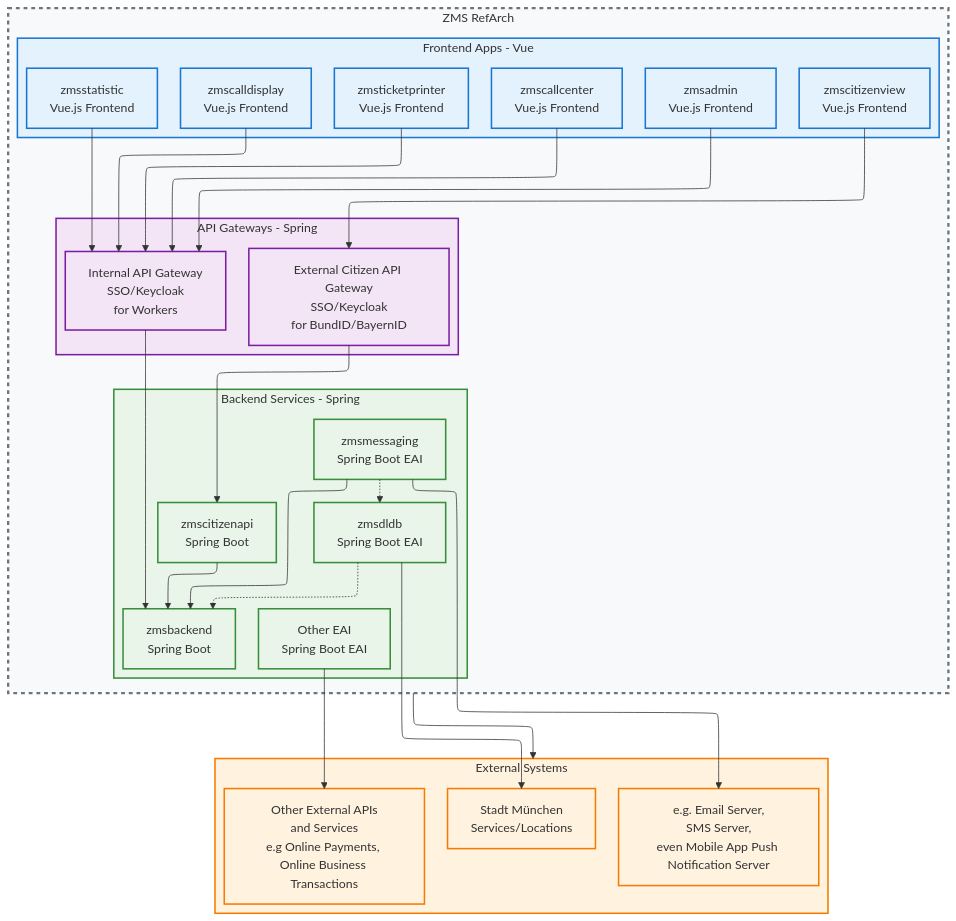
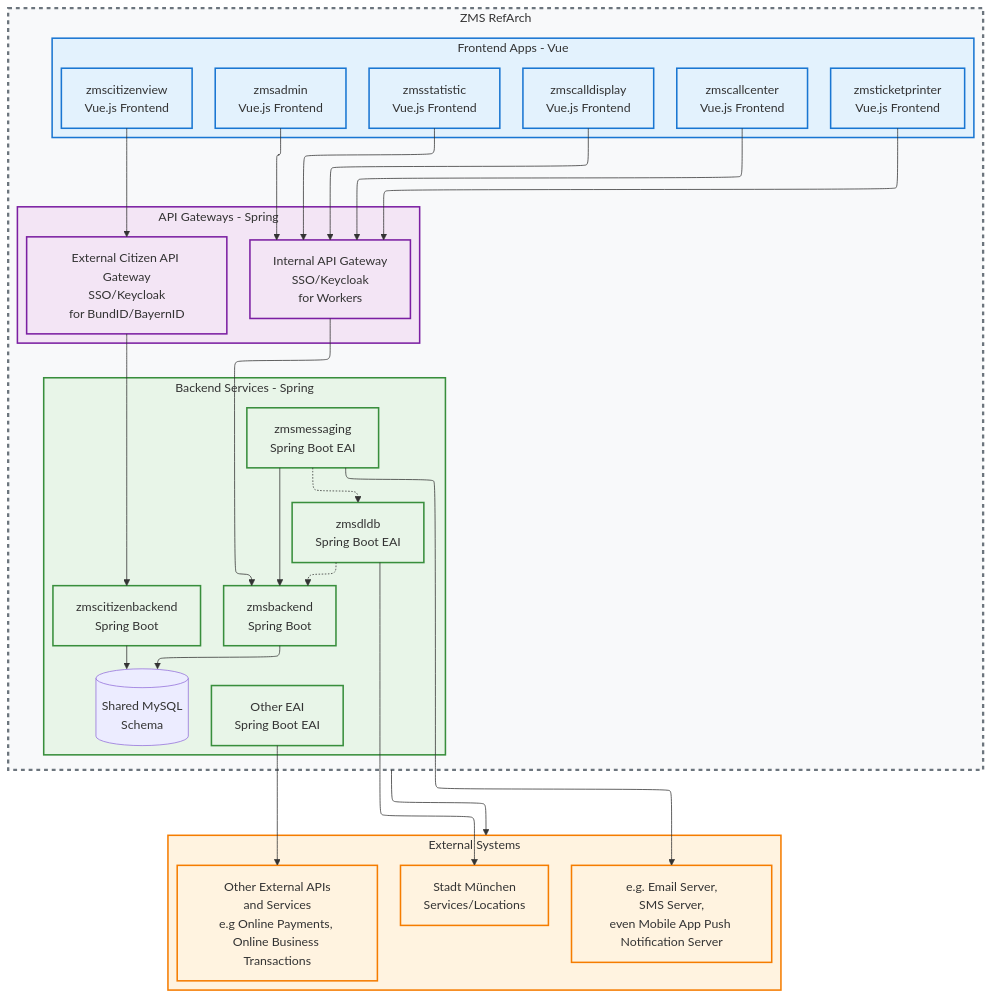
Before and after one commit to it-at-m/eappointment: the second of 2 diagrams in docs/de/on-the-future/product-oriented-refarch-roadmap.md, drawn with Mermaid. The commit also changed other lines of this file and 1 other file, not shown here.

First line of the commit message:
docs(ZMS): update RefArch roadmap for zmscitizenbackend architecture

````diff
--- a/docs/de/on-the-future/product-oriented-refarch-roadmap.md
+++ b/docs/de/on-the-future/product-oriented-refarch-roadmap.md
@@ -124,10 +124,13 @@
 
     %% Backend Services
     zmsbackend[zmsbackend<br/>Spring Boot]
-    zmscitizenapi[zmscitizenapi<br/>Spring Boot]
+    zmscitizenbackend[zmscitizenbackend<br/>Spring Boot]
     zmsmessaging[zmsmessaging<br/>Spring Boot EAI]
     zmsdldb[zmsdldb<br/>Spring Boot EAI]
     other_eai[Other EAI<br/>Spring Boot EAI]
+
+    %% Shared database
+    mysql[(Shared MySQL<br/>Schema)]
 
     %% External Systems
     stadt_muenchen[Stadt München<br/>Services/Locations]
@@ -146,10 +149,11 @@
 
     %% API Gateway Dependencies
     internal_gateway --> zmsbackend;
-    citizen_gateway --> zmscitizenapi;
+    citizen_gateway --> zmscitizenbackend;
 
     %% Backend Service Dependencies
-    zmscitizenapi --> zmsbackend;
+    zmsbackend --> mysql;
+    zmscitizenbackend --> mysql;
     zmsmessaging --> zmsbackend;
     zmsdldb --> stadt_muenchen;
     zmsmessaging --> messaging_eai;
@@ -181,10 +185,11 @@
     subgraph backend [Backend Services - Spring]
         style backend fill:#e8f5e8,stroke:#388e3c,stroke-width:2px
         zmsbackend
-        zmscitizenapi
+        zmscitizenbackend
         zmsmessaging
         zmsdldb
         other_eai
+        mysql
     end
 
     %% RefArch System Boundary
@@ -214,6 +219,6 @@
 
     class zmsadmin_vue,zmsstatistic_vue,zmscalldisplay_vue,zmsticketprinter_vue,zmscallcenter_vue,zmscitizenview_vue frontend;
     class internal_gateway,citizen_gateway gateway;
-    class zmsbackend,zmscitizenapi,zmsmessaging,zmsdldb,other_eai backend;
+    class zmsbackend,zmscitizenbackend,zmsmessaging,zmsdldb,other_eai backend;
     class stadt_muenchen,external_apis,messaging_eai external;
 ```
````
